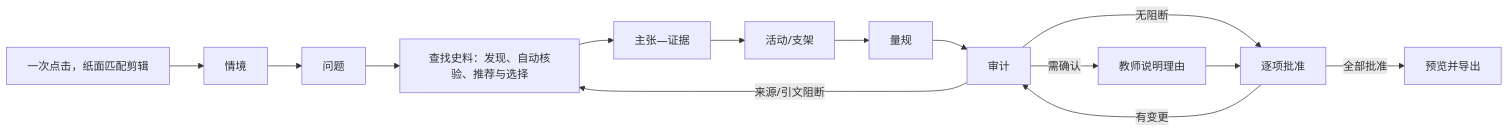
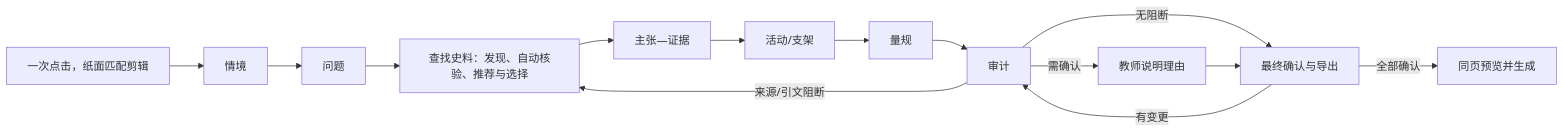
One commit to xiaoshiguopan/tracepbl changed the diagram in docs/03-frontend-design/USER-FLOWS.md. Above: the diagram before and after it, drawn with Mermaid. The commit also changed other lines of this file and 20 other files, not shown here.

````diff
--- a/docs/03-frontend-design/USER-FLOWS.md
+++ b/docs/03-frontend-design/USER-FLOWS.md
@@ -120,16 +120,16 @@
 ```mermaid
 flowchart LR
   A[一次点击，纸面匹配剪辑] --> B[情境]
   B --> C[问题]
   C --> D[查找史料：发现、自动核验、推荐与选择]
   D --> F[主张—证据]
   F --> G[活动/支架]
   G --> H[量规]
   H --> I[审计]
   I -->|来源/引文阻断| D
   I -->|需确认| J[教师说明理由]
-  I -->|无阻断| K[逐项批准]
+  I -->|无阻断| K[最终确认与导出]
   J --> K
   K -->|有变更| I
-  K -->|全部批准| L[预览并导出]
+  K -->|全部确认| L[同页预览并生成]
 ```
````
